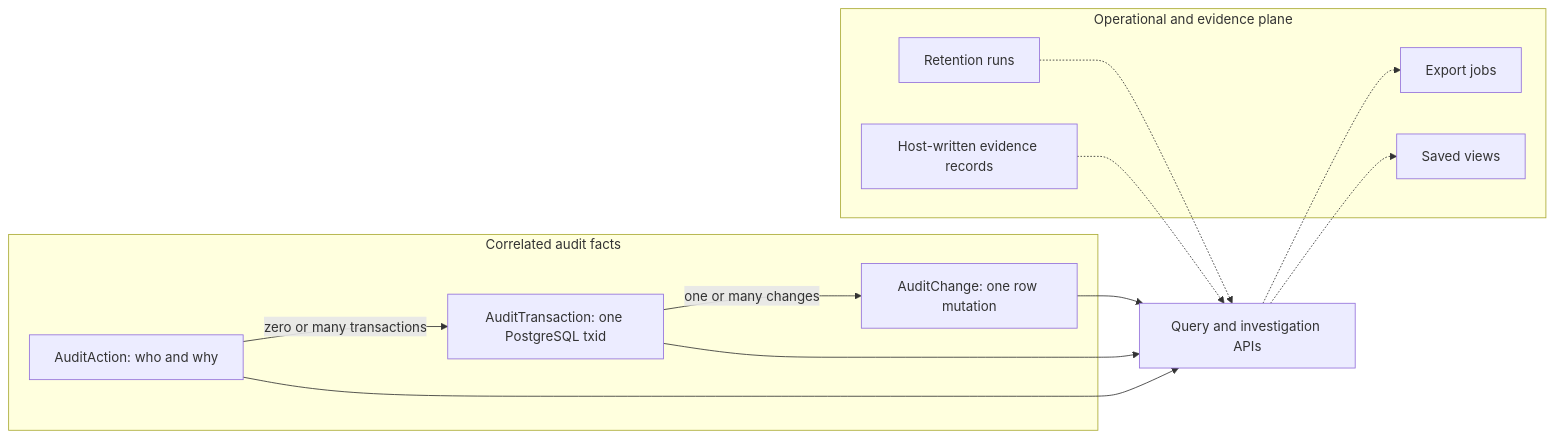
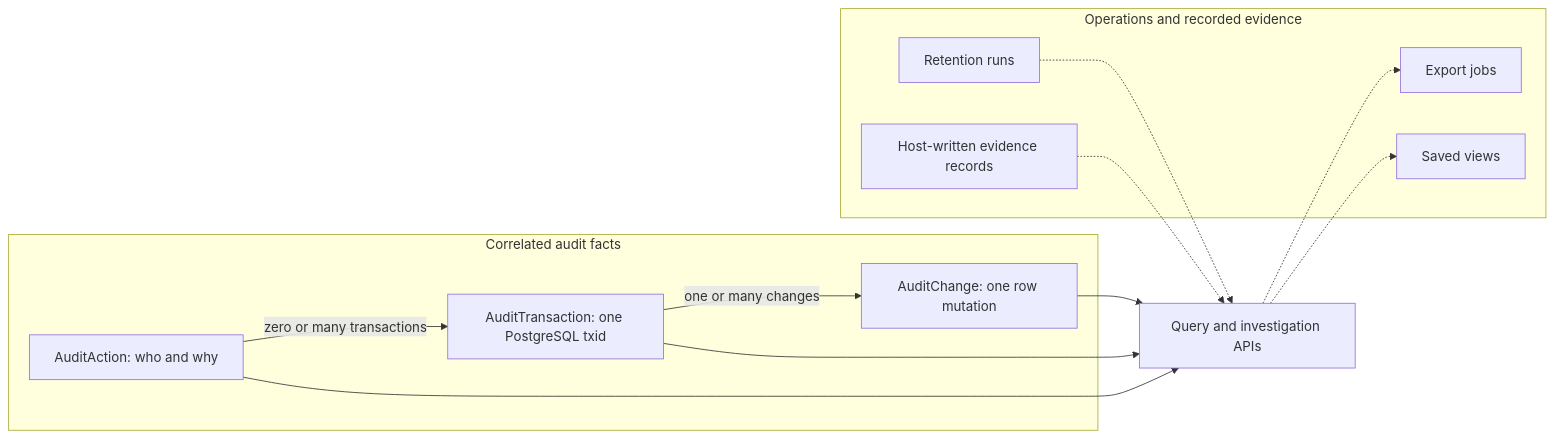
One commit to szTheory/threadline changed the fourth of 4 diagrams in guides/how-threadline-works.md. Above: the diagram before and after it, drawn with Mermaid. The commit also changed other lines of this file and 499 other files, not shown here.

````diff
--- a/guides/how-threadline-works.md
+++ b/guides/how-threadline-works.md
@@ -232,30 +234,30 @@
 ```mermaid
 flowchart LR
     accTitle: Threadline data relationships
     accDescr: An optional semantic action can describe multiple capture transactions, each capture transaction owns one or more row changes, and governance records remain a separate operational plane read alongside the core audit facts.
 
     subgraph Core["Correlated audit facts"]
       A["AuditAction: who and why"]
       T["AuditTransaction: one PostgreSQL txid"]
       C["AuditChange: one row mutation"]
       A -->|"zero or many transactions"| T
       T -->|"one or many changes"| C
     end
 
     Q["Query and investigation APIs"]
 
-    subgraph Governance["Operational and evidence plane"]
+    subgraph Governance["Operations and recorded evidence"]
       X["Export jobs"]
       R["Retention runs"]
       V["Saved views"]
       E["Host-written evidence records"]
     end
 
     C --> Q
     T --> Q
     A --> Q
     Q -.-> X
     Q -.-> V
     R -.-> Q
     E -.-> Q
 ```
````
